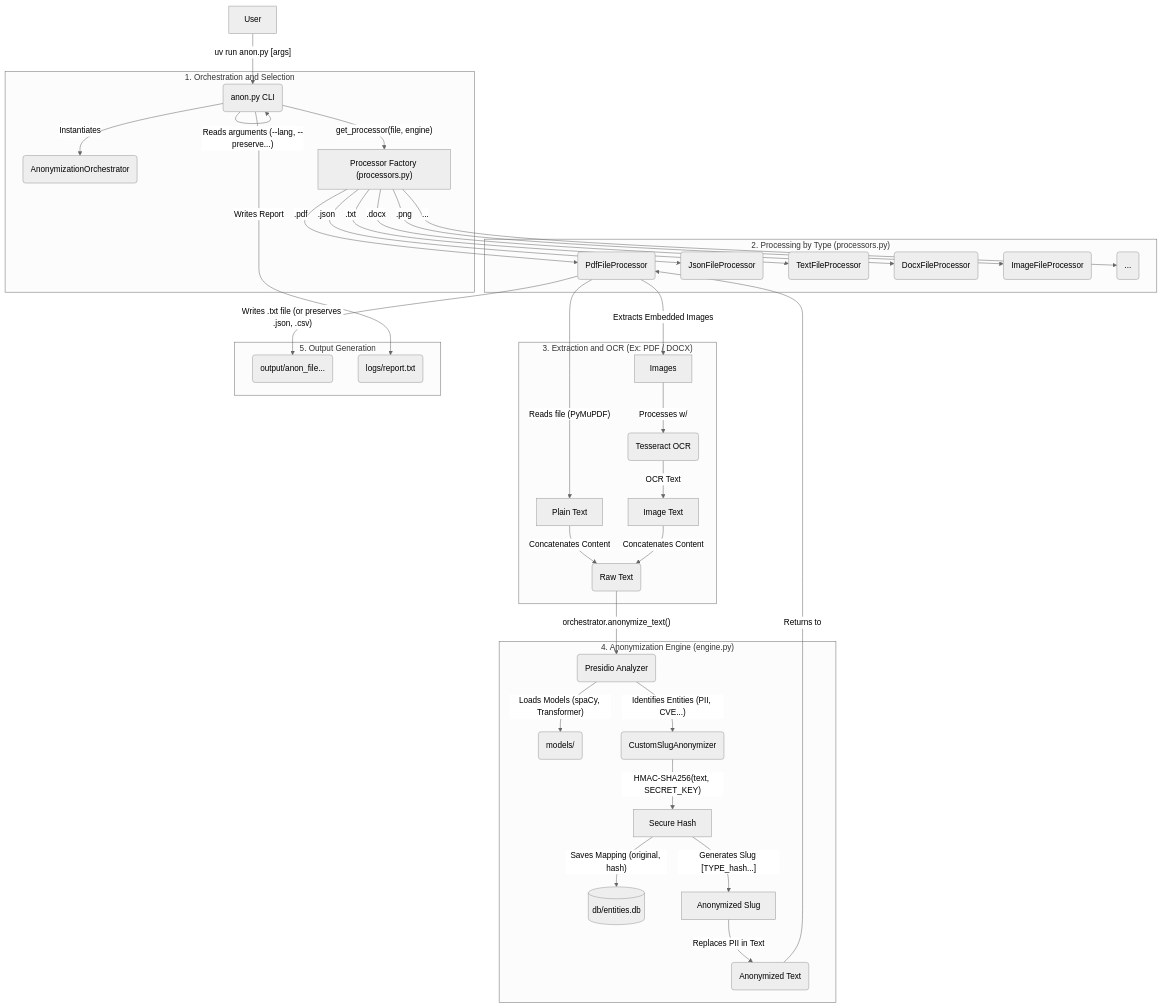
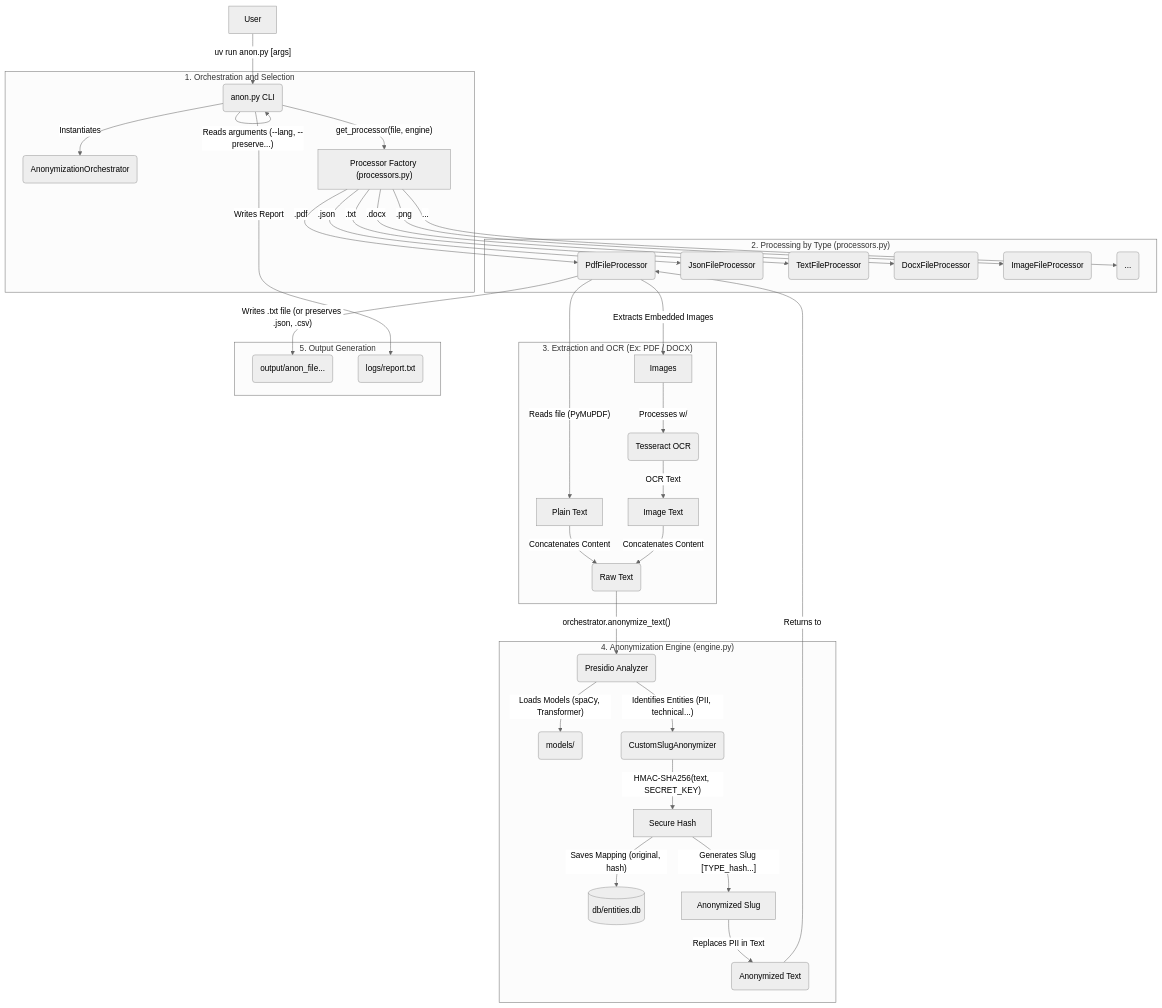
The diagram in README.md (AnonShield/AnonLFI2.0), drawn with Mermaid (neutral theme) before and after one commit.

Commit message:
Update README.md to clarify entity identification in the Anonymization Engine diagram

````diff
--- a/README.md
+++ b/README.md
@@ -9,44 +9,44 @@
 ```mermaid
 %% Anonymization Architecture Flow (AnonLFI 2.0)
 graph TD
     A[User] -- "uv run anon.py <file> [args]" --> B(anon.py CLI);
 
     subgraph "1. Orchestration and Selection"
         B -- "Reads arguments (--lang, --preserve...)" --> B;
         B -- "Instantiates" --> Eng(AnonymizationOrchestrator);
         B -- "get_processor(file, engine)" --> F["Processor Factory (processors.py)"];
     end
 
     subgraph "2. Processing by Type (processors.py)"
         F -- ".pdf" --> P_PDF(PdfFileProcessor);
         F -- ".json" --> P_JSON(JsonFileProcessor);
         F -- ".txt" --> P_TXT(TextFileProcessor);
         F -- ".docx" --> P_DOCX(DocxFileProcessor);
         F -- ".png" --> P_IMG(ImageFileProcessor);
         F -- "..." --> P_ETC(...);
     end
 
     subgraph "3. Extraction and OCR (Ex: PDF / DOCX)"
         P_PDF -- "Reads file (PyMuPDF)" --> T1[Plain Text];
         P_PDF -- "Extracts Embedded Images" --> IMG[Images];
         IMG -- "Processes w/" --> OCR(Tesseract OCR);
         OCR -- "OCR Text" --> T2[Image Text];
         T1 & T2 -- "Concatenates Content" --> TXT_BRUTO(Raw Text);
     end
 
     subgraph "4. Anonymization Engine (engine.py)"
         TXT_BRUTO -- "orchestrator.anonymize_text()" --> ENG_A(Presidio Analyzer);
         ENG_A -- "Loads Models (spaCy, Transformer)" --> MOD(models/);
-        ENG_A -- "Identifies Entities (PII, CVE...)" --> ENG_B(CustomSlugAnonymizer);
+        ENG_A -- "Identifies Entities (PII, technical...)" --> ENG_B(CustomSlugAnonymizer);
         ENG_B -- "HMAC-SHA256(text, SECRET_KEY)" --> HASH[Secure Hash];
         HASH -- "Saves Mapping (original, hash)" --> DB[(db/entities.db)];
         HASH -- "Generates Slug [TYPE_hash...]" --> SLUG[Anonymized Slug];
         SLUG -- "Replaces PII in Text" --> TXT_ANON(Anonymized Text);
     end
 
     subgraph "5. Output Generation"
         TXT_ANON -- "Returns to" --> P_PDF;
         P_PDF -- "Writes .txt file (or preserves .json, .csv)" --> OUT(output/anon_file...);
         B -- "Writes Report" --> LOG(logs/report.txt);
     end
 ```
````
